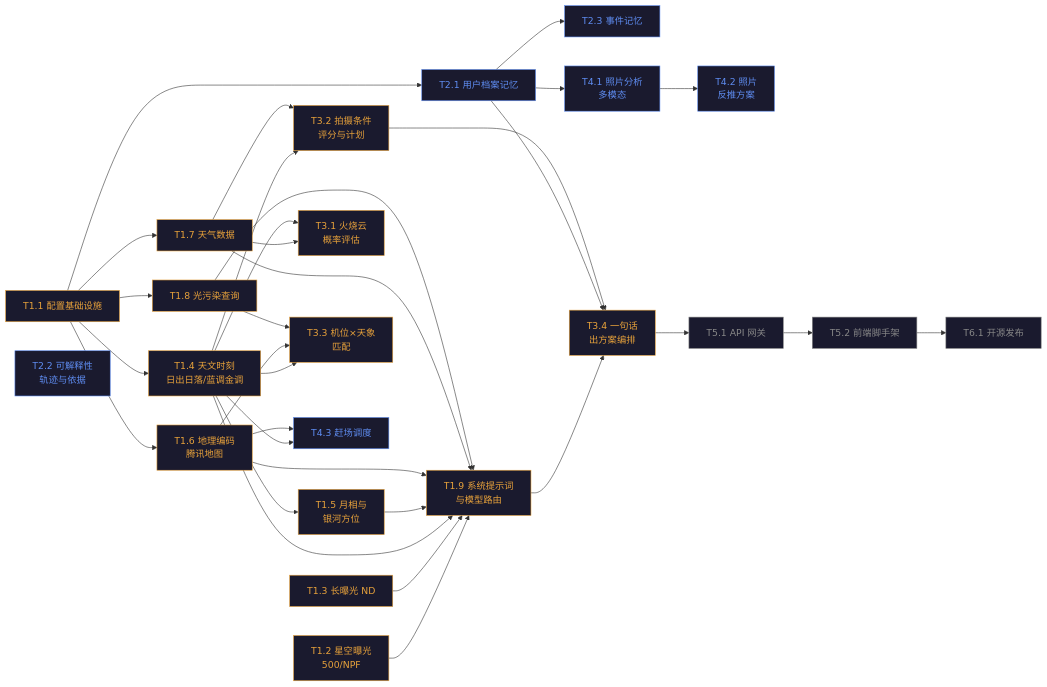
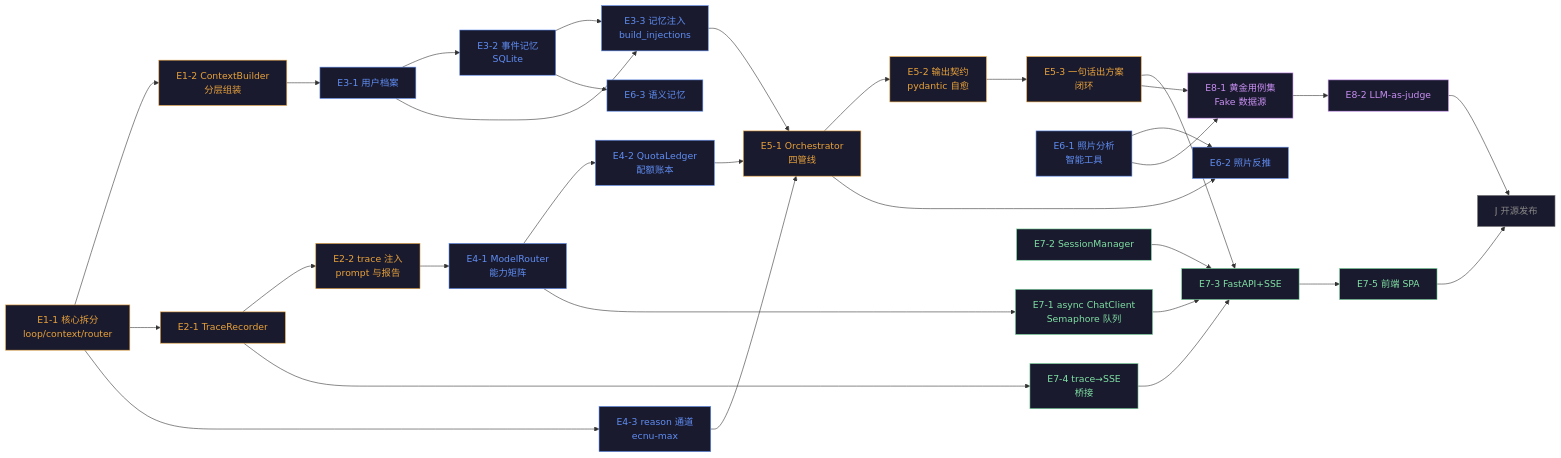
One commit to North-Q/LightTrail changed the diagram in docs/DEVELOPMENT-ROADMAP.md. Above: the diagram before and after it, drawn with Mermaid. The commit also changed other lines of this file and 25 other files, not shown here.

````diff
--- a/docs/DEVELOPMENT-ROADMAP.md
+++ b/docs/DEVELOPMENT-ROADMAP.md
@@ -52,83 +50,91 @@
 ```mermaid
 graph LR
-    %% 阶段一
-    T11[T1.1 配置基础设施]
-    T12[T1.2 星空曝光<br/>500/NPF]
-    T13[T1.3 长曝光 ND]
-    T14[T1.4 天文时刻<br/>日出日落/蓝调金调]
-    T15[T1.5 月相与<br/>银河方位]
-    T16[T1.6 地理编码<br/>腾讯地图]
-    T17[T1.7 天气数据]
-    T18[T1.8 光污染查询]
-    T19[T1.9 系统提示词<br/>与模型路由]
+    %% 阶段一 E1+E2
+    A1[E1-1 核心拆分<br/>loop/context/router]
+    A2[E1-2 ContextBuilder<br/>分层组装]
+    B1[E2-1 TraceRecorder]
+    B2[E2-2 trace 注入<br/>prompt 与报告]
 
-    T11 --> T14
-    T11 --> T16
-    T11 --> T17
-    T11 --> T18
-    T14 --> T15
-    T12 --> T19
-    T13 --> T19
-    T14 --> T19
-    T15 --> T19
-    T16 --> T19
-    T17 --> T19
-    T18 --> T19
+    A1 --> A2
+    A1 --> B1
+    B1 --> B2
 
-    %% 阶段二
-    T21[T2.1 用户档案记忆]
-    T22[T2.2 可解释性<br/>轨迹与依据]
-    T23[T2.3 事件记忆]
+    %% 阶段二 E3+E4
+    C1[E3-1 用户档案]
+    C2[E3-2 事件记忆<br/>SQLite]
+    C3[E3-3 记忆注入<br/>build_injections]
+    D1[E4-1 ModelRouter<br/>能力矩阵]
+    D2[E4-2 QuotaLedger<br/>配额账本]
+    D3[E4-3 reason 通道<br/>ecnu-max]
 
-    T11 --> T21
-    T21 --> T23
+    A2 --> C1
+    C1 --> C2
+    C1 --> C3
+    C2 --> C3
+    B2 --> D1
+    D1 --> D2
+    A1 --> D3
 
-    %% 阶段三
-    T31[T3.1 火烧云<br/>概率评估]
-    T32[T3.2 拍摄条件<br/>评分与计划]
-    T33[T3.3 机位×天象<br/>匹配]
-    T34[T3.4 一句话<br/>出方案编排]
+    %% 阶段三 E5
+    F1[E5-1 Orchestrator<br/>四管线]
+    F2[E5-2 输出契约<br/>pydantic 自愈]
+    F3[E5-3 一句话出方案<br/>闭环]
 
-    T17 --> T31
-    T14 --> T31
-    T14 --> T32
-    T17 --> T32
-    T14 --> T33
-    T16 --> T33
-    T18 --> T33
-    T19 --> T34
-    T21 --> T34
-    T32 --> T34
+    D3 --> F1
+    C3 --> F1
+    D2 --> F1
+    F1 --> F2
+    F2 --> F3
 
-    %% 阶段四
-    T41[T4.1 照片分析<br/>多模态]
-    T42[T4.2 照片<br/>反推方案]
-    T43[T4.3 赶场调度]
+    %% 阶段四 E6
+    G1[E6-1 照片分析<br/>智能工具]
+    G2[E6-2 照片反推]
+    G3[E6-3 语义记忆]
 
-    T21 --> T41
-    T41 --> T42
-    T14 --> T43
-    T16 --> T43
+    C2 --> G3
+    F1 --> G2
+    G1 --> G2
 
-    %% 阶段五
-    T51[T5.1 API 网关]
-    T52[T5.2 前端脚手架]
-    T34 --> T51
-    T51 --> T52
+    %% 阶段五 E7
+    H1[E7-1 async ChatClient<br/>Semaphore 队列]
+    H2[E7-2 SessionManager]
+    H3[E7-3 FastAPI+SSE]
+    H4[E7-4 trace→SSE<br/>桥接]
+    H5[E7-5 前端 SPA]
 
-    %% 阶段六
-    T61[T6.1 开源发布]
-    T52 --> T61
+    D1 --> H1
+    B1 --> H4
+    F3 --> H3
+    H1 --> H3
+    H2 --> H3
+    H4 --> H3
+    H3 --> H5
 
-    %% 样式
-    classDef stage1 fill:#1a1a2e,stroke:#e8a23b,color:#e8a23b
-    classDef stage2 fill:#1a1a2e,stroke:#5f8df2,color:#5f8df2
-    classDef stage3 fill:#1a1a2e,stroke:#e8a23b,color:#e8a23b
-    classDef stage4 fill:#1a1a2e,stroke:#5f8df2,color:#5f8df2
-    classDef stage56 fill:#1a1a2e,stroke:#888,color:#888
-    class T11,T12,T13,T14,T15,T16,T17,T18,T19 stage1
-    class T21,T22,T23 stage2
-    class T31,T32,T33,T34 stage3
-    class T41,T42,T43 stage4
-    class T51,T52,T61 stage56
+    %% 阶段六 E8
+    I1[E8-1 黄金用例集<br/>Fake 数据源]
+    I2[E8-2 LLM-as-judge]
+
+    F3 --> I1
+    G1 --> I1
+    I1 --> I2
+
+    %% 阶段七
+    J1[J 开源发布]
+    H5 --> J1
+    I2 --> J1
+
+    classDef s1 fill:#1a1a2e,stroke:#e8a23b,color:#e8a23b
+    classDef s2 fill:#1a1a2e,stroke:#5f8df2,color:#5f8df2
+    classDef s3 fill:#1a1a2e,stroke:#e8a23b,color:#e8a23b
+    classDef s4 fill:#1a1a2e,stroke:#5f8df2,color:#5f8df2
+    classDef s5 fill:#1a1a2e,stroke:#7fe0a3,color:#7fe0a3
+    classDef s6 fill:#1a1a2e,stroke:#c88ff2,color:#c88ff2
+    classDef s7 fill:#1a1a2e,stroke:#888,color:#888
+    class A1,A2,B1,B2 s1
+    class C1,C2,C3,D1,D2,D3 s2
+    class F1,F2,F3 s3
+    class G1,G2,G3 s4
+    class H1,H2,H3,H4,H5 s5
+    class I1,I2 s6
+    class J1 s7
 ```
````
